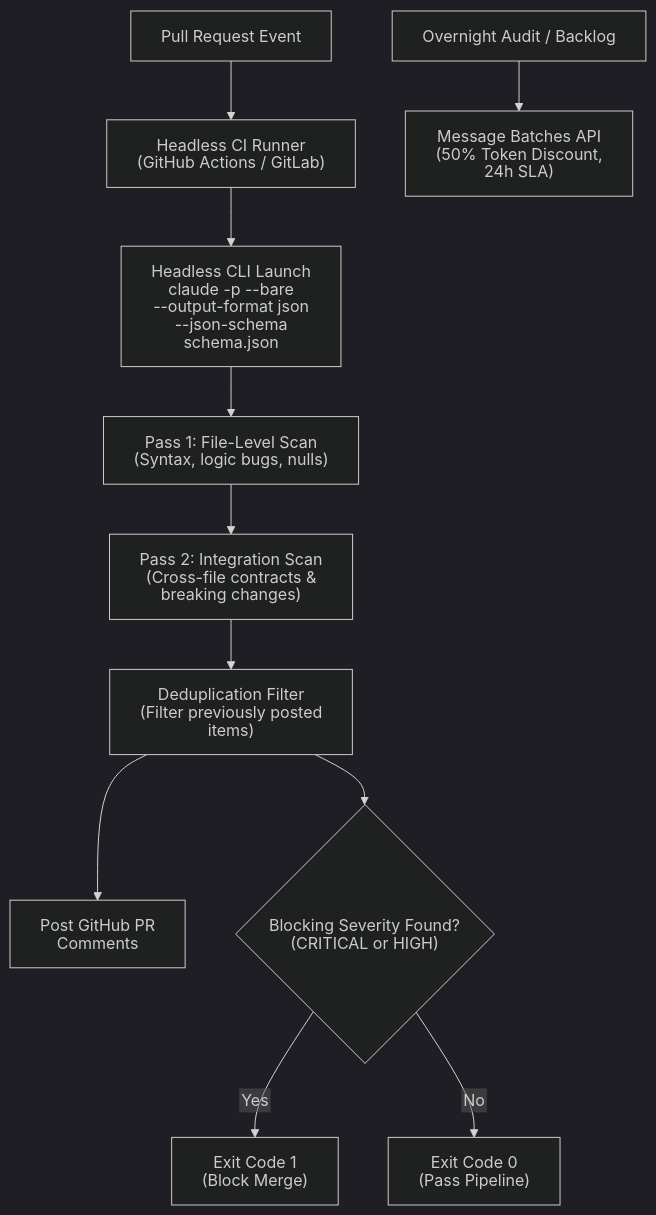
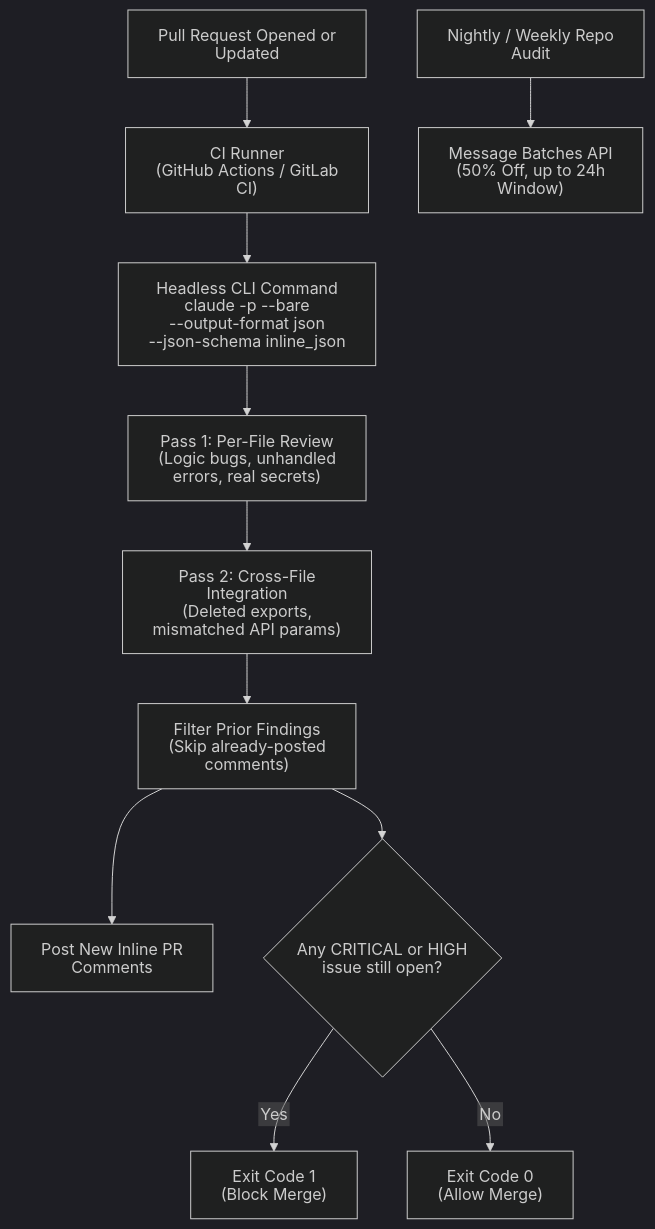
Before and after one commit to dip4k/claude_cert_architect_foundation_prep: the first of 2 diagrams in scenarios/scenario_5_continuous_integration/SCENARIO_GUIDE.md, drawn with Mermaid (dark theme). The commit also changed other lines of this file and 13 other files, not shown here.

````diff
--- a/scenarios/scenario_5_continuous_integration/SCENARIO_GUIDE.md
+++ b/scenarios/scenario_5_continuous_integration/SCENARIO_GUIDE.md
@@ -20,21 +22,21 @@
 ```mermaid
 ---
 config:
   htmlLabels: false
 ---
 flowchart TD
-    PR["Pull Request Event"] --> Runner["Headless CI Runner<br>(GitHub Actions / GitLab)"]
-    Runner --> Exec["Headless CLI Launch<br>claude -p --bare<br>--output-format json<br>--json-schema schema.json"]
+    PR["Pull Request Opened or Updated"] --> Runner["CI Runner<br>(GitHub Actions / GitLab CI)"]
+    Runner --> Exec["Headless CLI Command<br>claude -p --bare<br>--output-format json<br>--json-schema inline_json"]
 
-    Exec --> P1["Pass 1: File-Level Scan<br>(Syntax, logic bugs, nulls)"]
-    P1 --> P2["Pass 2: Integration Scan<br>(Cross-file contracts &<br>breaking changes)"]
-    P2 --> Dedupe["Deduplication Filter<br>(Filter previously posted items)"]
+    Exec --> P1["Pass 1: Per-File Review<br>(Logic bugs, unhandled errors, real secrets)"]
+    P1 --> P2["Pass 2: Cross-File Integration<br>(Deleted exports, mismatched API params)"]
+    P2 --> Dedupe["Filter Prior Findings<br>(Skip already-posted comments)"]
 
-    Dedupe --> Post["Post GitHub PR Comments"]
-    Dedupe --> Gate{"Blocking Severity Found?<br>(CRITICAL or HIGH)"}
+    Dedupe --> Post["Post New Inline PR Comments"]
+    Dedupe --> Gate{"Any CRITICAL or HIGH<br>issue still open?"}
 
     Gate -->|"Yes"| Block["Exit Code 1<br>(Block Merge)"]
-    Gate -->|"No"| Allow["Exit Code 0<br>(Pass Pipeline)"]
+    Gate -->|"No"| Allow["Exit Code 0<br>(Allow Merge)"]
 
-    Overnight["Overnight Audit / Backlog"] --> Batch["Message Batches API<br>(50% Token Discount, 24h SLA)"]
+    Overnight["Nightly / Weekly Repo Audit"] --> Batch["Message Batches API<br>(50% Off, up to 24h Window)"]
 ```
````
